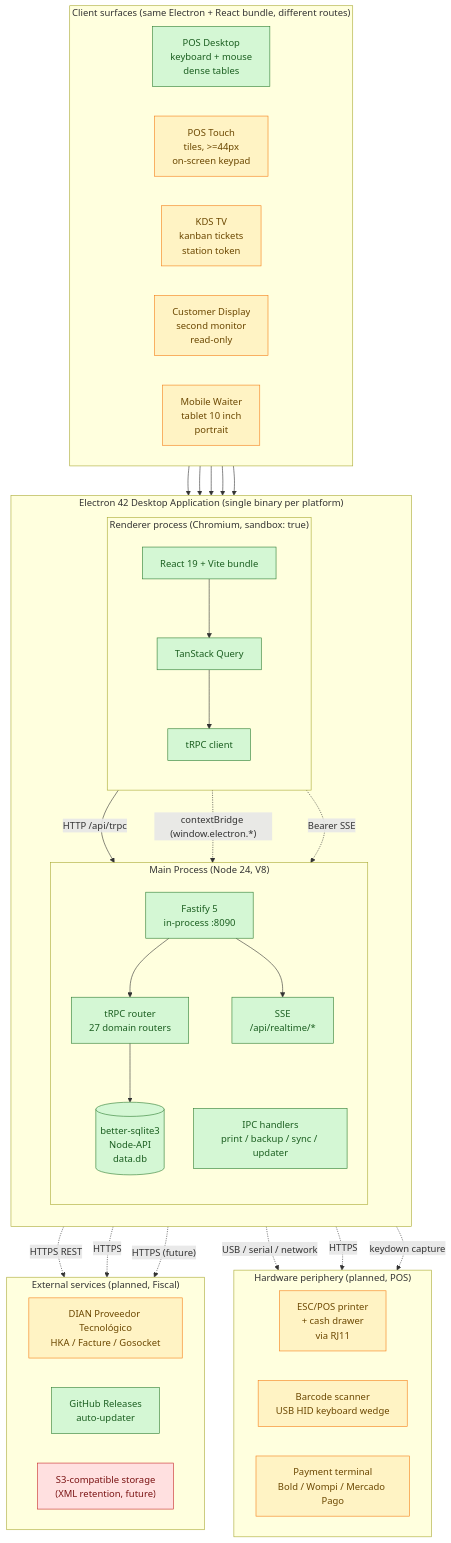
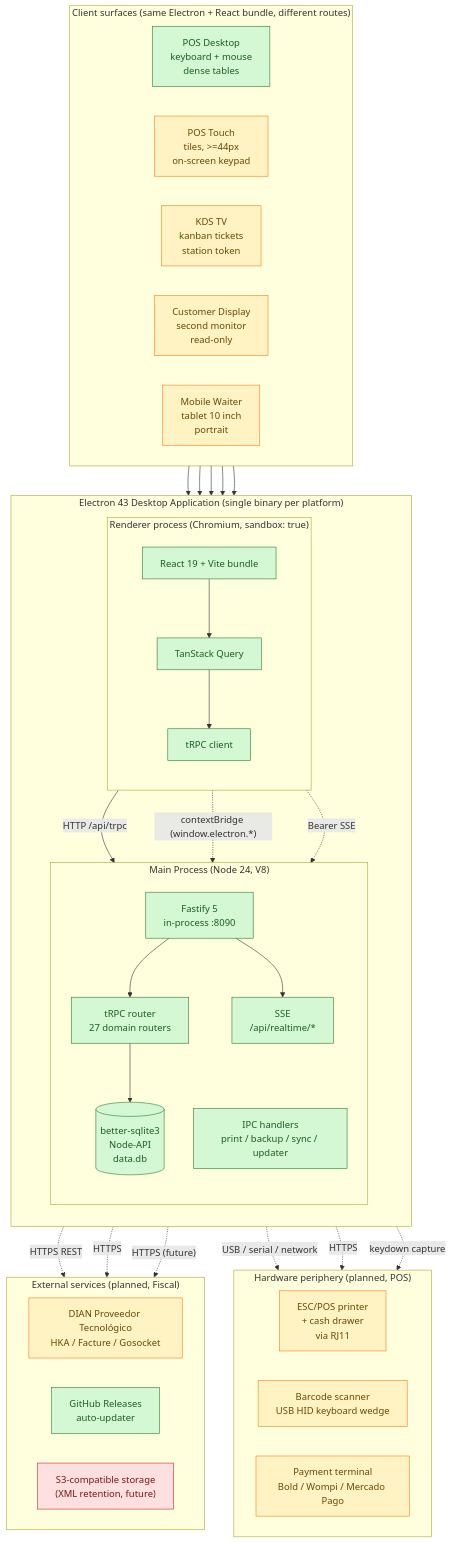
The diagram in docs/architecture.mmd (johnny4young/puntovivo), drawn with Mermaid before and after one commit. The commit also changed 23 other files, not shown here.

First line of the commit message:
feat(desktop): evaluate Electron 43 runtime on the 43.4.1 line (#208)

```diff
--- a/docs/architecture.mmd
+++ b/docs/architecture.mmd
@@ -1,77 +1,80 @@
 %% Puntovivo architecture — high-level process and client surface topology
-%% Render: pnpm dlx @mermaid-js/mermaid-cli -i docs/architecture.mmd -o docs/architecture.svg
+%% Render: pnpm dlx @mermaid-js/mermaid-cli -i docs/architecture.mmd -o docs/architecture.svg -b transparent
+%% The -b transparent flag is required: mermaid-cli defaults to a white page
+%% background, which regresses the diagram on dark-mode surfaces. The SVG
+%% root style must keep background-color: transparent after every re-render.
 %% Source of truth for the system diagram embedded in docs/ARCHITECTURE.md and README.md.
 
 flowchart TB
-  subgraph Electron["Electron 42 Desktop Application (single binary per platform)"]
+  subgraph Electron["Electron 43 Desktop Application (single binary per platform)"]
     direction TB
 
     subgraph Main["Main Process (Node 24, V8)"]
       direction TB
       F["Fastify 5<br/>in-process :8090"]
       T["tRPC router<br/>27 domain routers"]
       DB[("better-sqlite3<br/>Node-API<br/>data.db")]
       IPC["IPC handlers<br/>print / backup / sync / updater"]
       SSE["SSE<br/>/api/realtime/*"]
       F --> T
       F --> SSE
       T --> DB
     end
 
     subgraph Renderer["Renderer process (Chromium, sandbox: true)"]
       direction TB
       R["React 19 + Vite bundle"]
       Q["TanStack Query"]
       C["tRPC client"]
       R --> Q --> C
     end
 
     C -- "HTTP /api/trpc" --> F
     R -. "contextBridge (window.electron.*)" .-> IPC
     R -. "Bearer SSE" .-> SSE
   end
 
   subgraph Surfaces["Client surfaces (same Electron + React bundle, different routes)"]
     direction LR
     POSD["POS Desktop<br/>keyboard + mouse<br/>dense tables"]
     POST["POS Touch<br/>tiles, >=44px<br/>on-screen keypad"]
     KDS["KDS TV<br/>kanban tickets<br/>station token"]
     CUST["Customer Display<br/>second monitor<br/>read-only"]
     MOB["Mobile Waiter<br/>tablet 10 inch<br/>portrait"]
   end
 
   POSD --> Renderer
   POST --> Renderer
   KDS --> Renderer
   CUST --> Renderer
   MOB --> Renderer
 
   subgraph Peripherals["Hardware periphery (planned, POS)"]
     direction LR
     ESCP["ESC/POS printer<br/>+ cash drawer<br/>via RJ11"]
     SCAN["Barcode scanner<br/>USB HID keyboard wedge"]
     DAT["Payment terminal<br/>Bold / Wompi / Mercado Pago"]
   end
 
   IPC -. "USB / serial / network" .-> ESCP
   Renderer -. "keydown capture" .-> SCAN
   T -. "HTTPS" .-> DAT
 
   subgraph External["External services (planned, Fiscal)"]
     direction LR
     PT["DIAN Proveedor Tecnológico<br/>HKA / Facture / Gosocket"]
     UPD["GitHub Releases<br/>auto-updater"]
     S3["S3-compatible storage<br/>(XML retention, future)"]
   end
 
   T -. "HTTPS REST" .-> PT
   IPC -. "HTTPS" .-> UPD
   IPC -. "HTTPS (future)" .-> S3
 
   classDef shipped fill:#d4f7d4,stroke:#2e7d32,color:#1b5e20
   classDef planned fill:#fff3c4,stroke:#f57f17,color:#6b4700
   classDef future fill:#ffe0e0,stroke:#c62828,color:#7a1313
 
   class F,T,DB,IPC,SSE,R,Q,C,POSD,UPD shipped
   class POST,KDS,CUST,MOB,ESCP,SCAN,DAT,PT planned
   class S3 future
```
